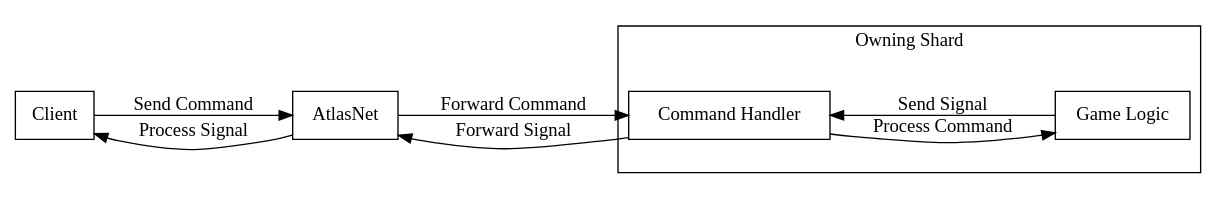
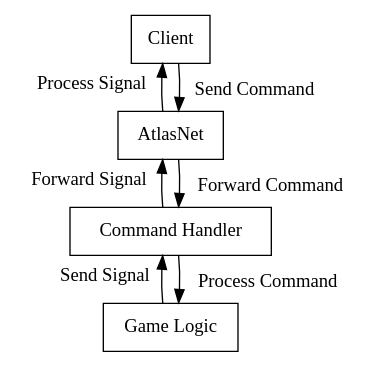
Before and after one commit to CamilaBasualdoCibils/KDNet: the first of 3 diagrams in docs/Commands.md, drawn with Graphviz. The commit also changed other lines of this file and 16 other files, not shown here.

````diff
--- a/docs/Commands.md
+++ b/docs/Commands.md
@@ -23,24 +23,26 @@
 ```dot
 digraph ClientToShardCommand {
-    rankdir=LR;
+    layout=twopi;
+
+    rankdir=TB;
     node [shape=rectangle];
     Client [label="Client"];
 
     AtlasNet [label="AtlasNet"];
     subgraph cluster_Shard {
         label="Owning Shard";
         CommandHandler [label="Command Handler",shape=rectangle];
         GameLogic [label="Game Logic"];
     }
 
 
     Client -> AtlasNet [label="Send Command"];
     AtlasNet -> CommandHandler [label="Forward Command"];
     CommandHandler -> GameLogic [label="Process Command"];
 
     GameLogic -> CommandHandler [label="Send Signal"]
     CommandHandler -> AtlasNet [label="Forward Signal"]
     AtlasNet -> Client [label="Process Signal"]
 
 }
 ```
````
